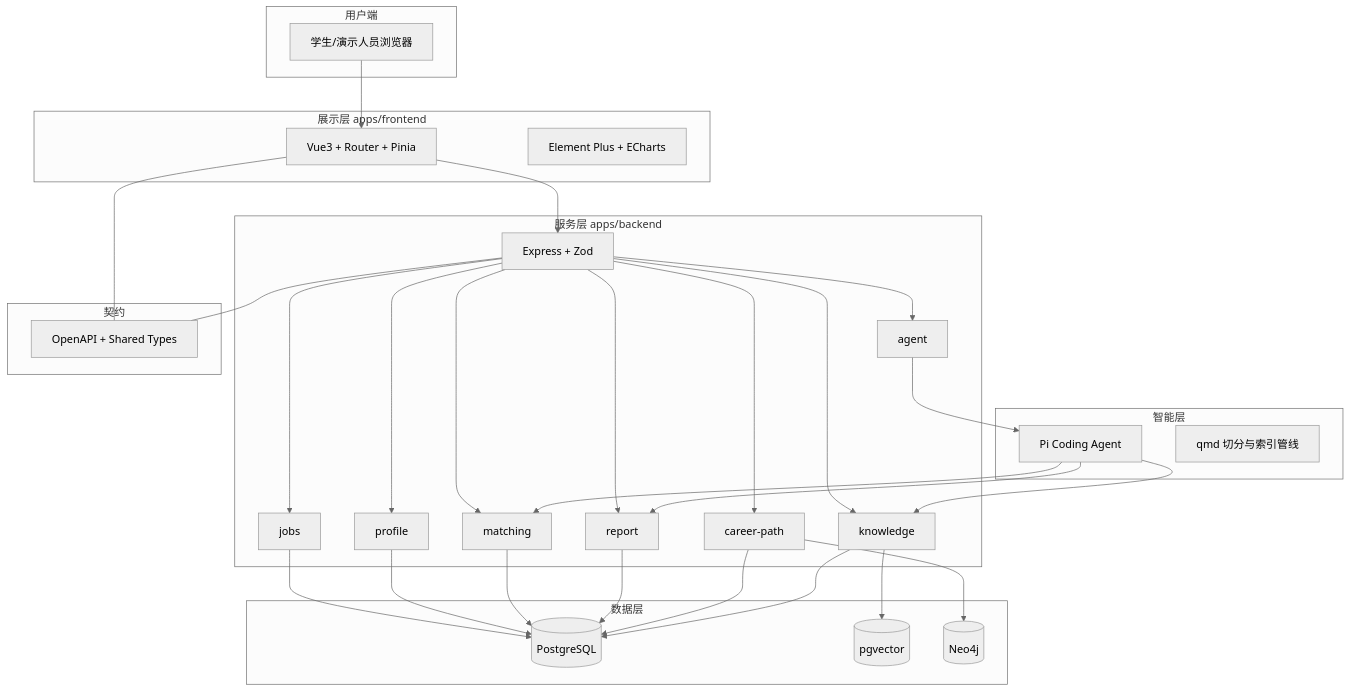
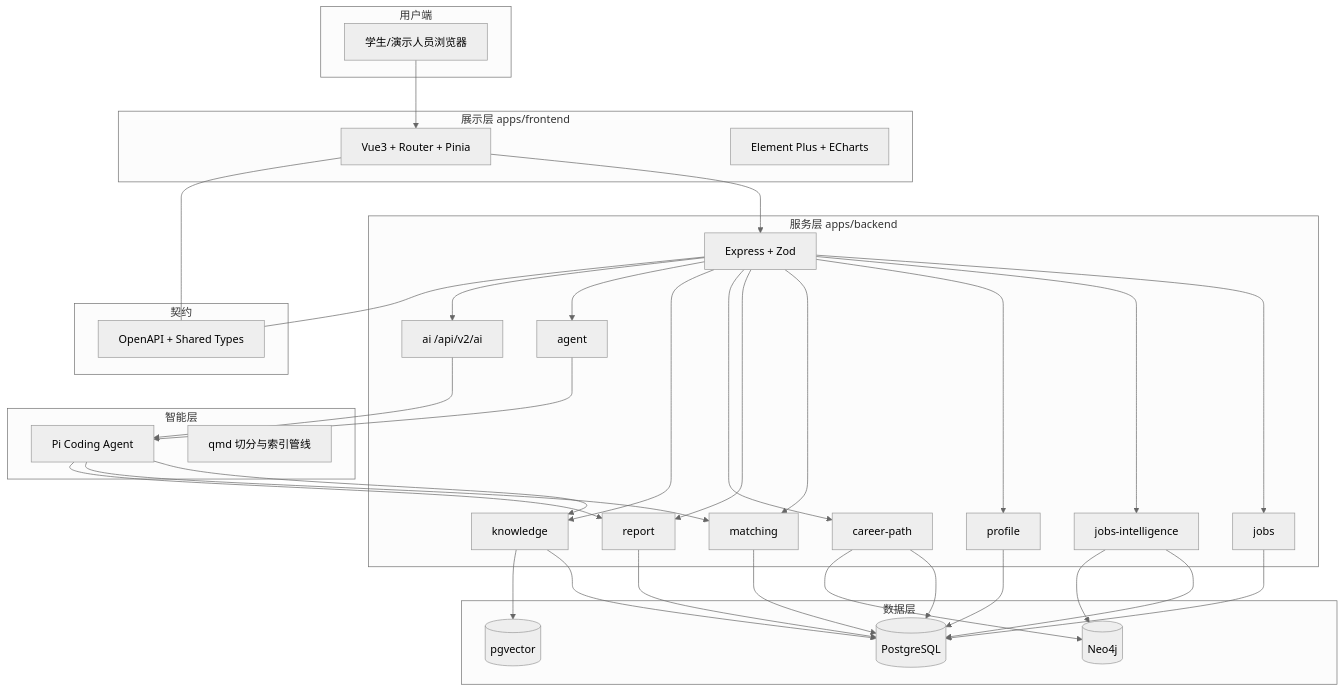
One commit to youtao19/vision-meet changed the first of 4 diagrams in docs/项目详细方案.md. Above: the diagram before and after it, drawn with Mermaid (neutral theme). The commit also changed other lines of this file and 5 other files, not shown here.

````diff
--- a/docs/项目详细方案.md
+++ b/docs/项目详细方案.md
@@ -273,55 +276,62 @@
 ```mermaid
 flowchart TB
   subgraph client [用户端]
     U[学生/演示人员浏览器]
   end
   subgraph fe [展示层 apps/frontend]
     Vue[Vue3 + Router + Pinia]
     UI[Element Plus + ECharts]
   end
   subgraph api [服务层 apps/backend]
     EX[Express + Zod]
     J[jobs]
+    JI[jobs-intelligence]
     P[profile]
     M[matching]
     R[report]
     CP[career-path]
     KN[knowledge]
     AG[agent]
+    AI[ai /api/v2/ai]
   end
   subgraph data [数据层]
     PG[(PostgreSQL)]
     PV[(pgvector)]
     N4[(Neo4j)]
   end
   subgraph ai [智能层]
     Pi[Pi Coding Agent]
     RAG[qmd 切分与索引管线]
   end
   subgraph ct [契约]
     OC[OpenAPI + Shared Types]
   end
   U --> Vue
   Vue --> EX
   EX --> J
+  EX --> JI
   EX --> P
   EX --> M
   EX --> R
   EX --> CP
   EX --> KN
   EX --> AG
+  EX --> AI
   J --> PG
+  JI --> PG
+  JI --> N4
   P --> PG
   M --> PG
   R --> PG
   CP --> PG
   CP --> N4
   KN --> PG
   KN --> PV
   AG --> Pi
+  AI --> Pi
   Pi --> KN
   Pi --> M
   Pi --> R
   Vue --- OC
   EX --- OC
 ```
````
